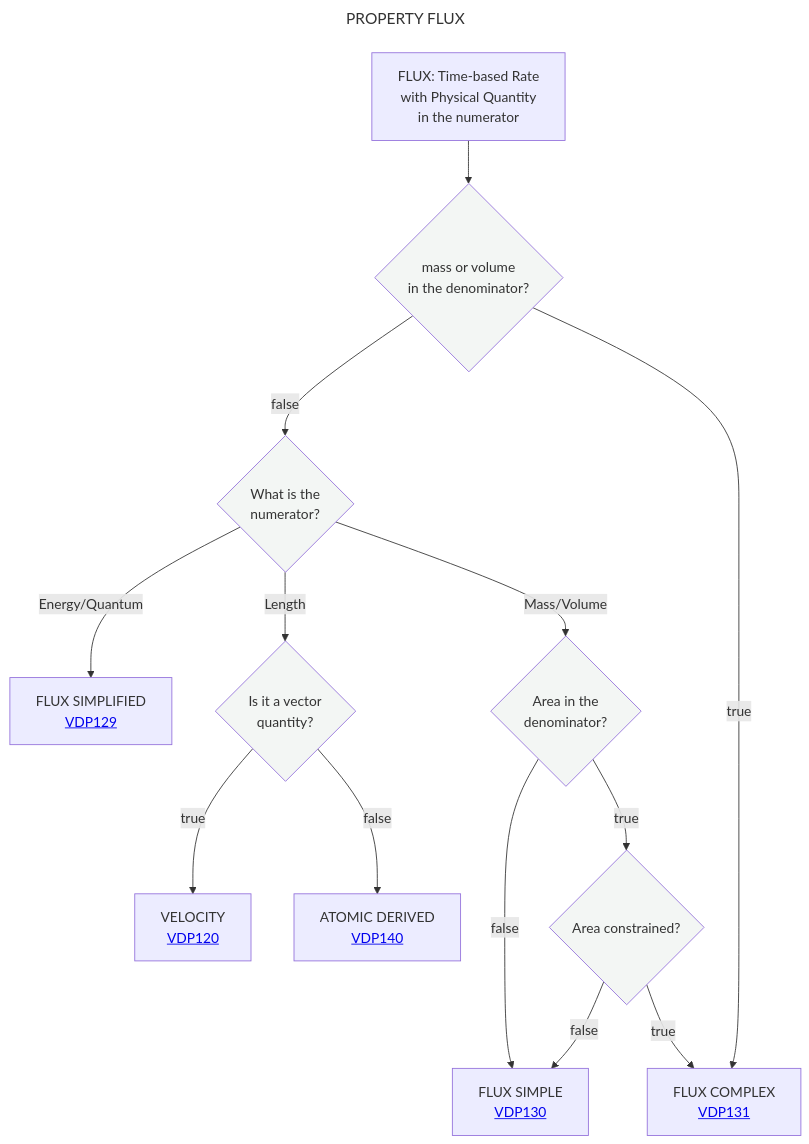
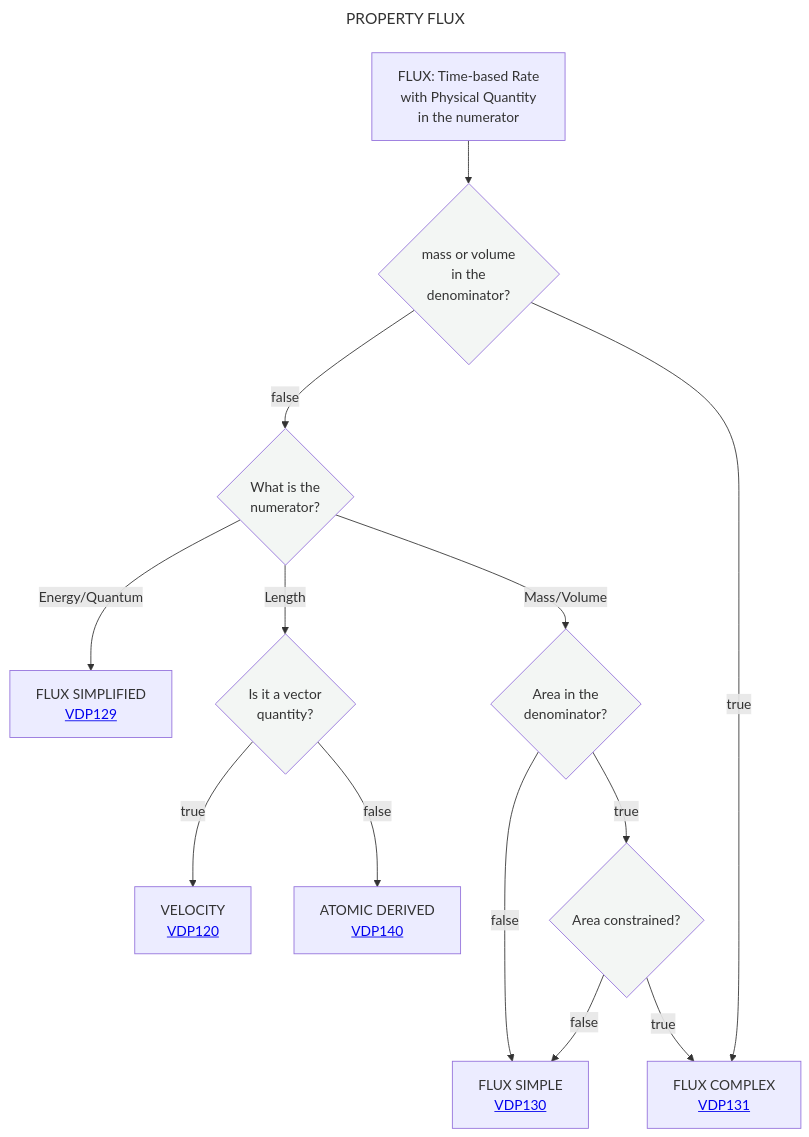
One commit to mabablue/I-ADOPT-patterns-playground changed the diagram in Decisition_trees/DT4.mmd. Above: the diagram before and after it, drawn with Mermaid.

Commit message:
Fix line break formatting in DT4.mmd

```diff
--- a/Decisition_trees/DT4.mmd
+++ b/Decisition_trees/DT4.mmd
@@ -1,20 +1,20 @@
 ---
 title: PROPERTY FLUX
 ---
 flowchart TD
-    A[FLUX: Time-based Rate <br> with Physical Quantity <br> in the numerator] --> B{mass or volume <br> in the denominator?}:::white
+    A[FLUX: Time-based Rate <br> with Physical Quantity <br> in the numerator] --> B{mass or volume <br> in the <br> denominator?}:::white
     B --> |false|C{What is the <br> numerator?}:::white
     C -- Energy/Quantum--> D[FLUX SIMPLIFIED <br> <a href='https://github.com/mabablue/I-ADOPT-patterns-playground/blob/main/pattern/VDP129.yaml'>VDP129</a>]
     C -- Length --> E{Is it a vector <br> quantity?}:::white
     E --> |true|J[VELOCITY <br> <a href='https://github.com/mabablue/I-ADOPT-patterns-playground/blob/main/pattern/VDP120.yaml'>VDP120</a] 
     E --> |false|K[ATOMIC DERIVED <br> <a href='https://github.com/mabablue/I-ADOPT-patterns-playground/blob/main/pattern/VDP140.yaml'>VDP140</a] 
     C -- Mass/Volume --> F{Area in the <br> denominator?}:::white
     F --> |false|I[FLUX SIMPLE <br> <a href='https://github.com/mabablue/I-ADOPT-patterns-playground/blob/main/pattern/VDP130.yaml'>VDP130</a>]
     F --> |true|G{Area constrained?}:::white 
     G --> |true|H[FLUX COMPLEX <br> <a href='https://github.com/mabablue/I-ADOPT-patterns-playground/blob/main/pattern/VDP131.yaml'>VDP131</a>]
     G --> |false|I
     B --> |true|H
    classDef blue fill:#90D5FF
    classDef satblue fill:#57B9FF 
    classDef white fill:#f3f6f4
    classDef green fill:#6aa84f
```
